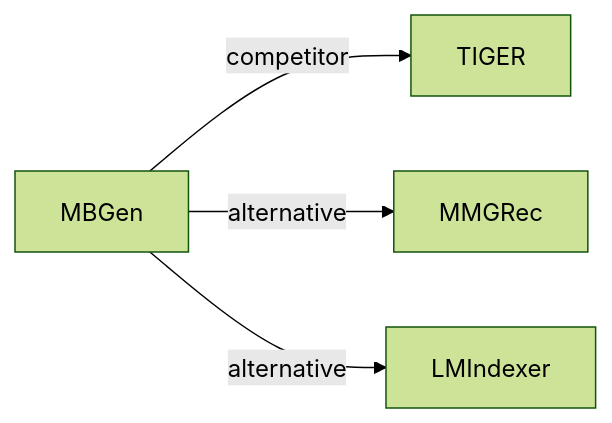
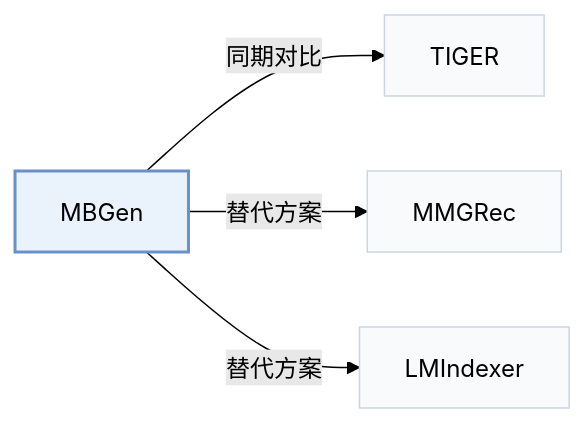
Before and after one commit to Galaxy-ghost/Awesome-SID-Generative-Rec: the second of 2 diagrams in pages/zh/papers/mbgen.md, drawn with Mermaid (forest theme). The commit also changed other lines of this file and 649 other files, not shown here.

Commit message:
writer-05: also tags and modality index (schema, check, build, visuals); summary field removed; calibration data for 12 papers

````diff
--- a/pages/zh/papers/mbgen.md
+++ b/pages/zh/papers/mbgen.md
@@ -69,7 +74,11 @@
 ```mermaid
 flowchart LR
     P["MBGen"]
-    P -->|competitor| A["TIGER"]
-    P -->|alternative| B["MMGRec"]
-    P -->|alternative| C["LMIndexer"]
+    P -->|"同期对比"| A["TIGER"]
+    P -->|"替代方案"| B["MMGRec"]
+    P -->|"替代方案"| C["LMIndexer"]
+    classDef main fill:#eaf2fb,stroke:#6b8fc7,stroke-width:2px
+    classDef peer fill:#f8fafc,stroke:#cbd5e1
+    class P main
+    class A,B,C peer
 ```
````
